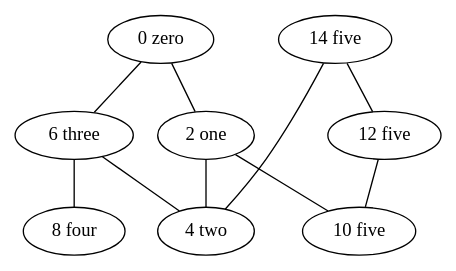
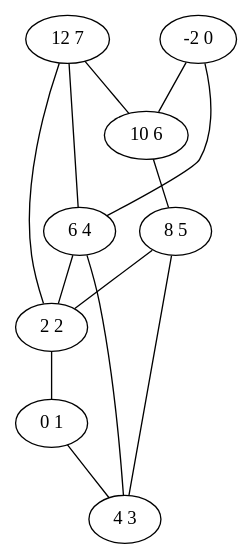
One commit to Xel4ek/lem_in changed the diagram in 2.gv. Above: the diagram before and after it, drawn with Graphviz. The commit also changed 216 other files, not shown here.

```diff
--- a/2.gv
+++ b/2.gv
@@ -1,19 +1,22 @@
 graph 3 {
-	"0 zero";
-	"2 one";
-	"4 two";
-	"6 three";
-	"8 four";
-	"10 five";
-	"12 five";
-	"14 five";
-	"0 zero" -- "2 one";
-	"2 one" -- "4 two";
-	"6 three" -- "4 two";
-	"14 five" -- "4 two";
-	"0 zero" -- "6 three";
-	"6 three" -- "8 four";
-	"2 one" -- "10 five";
-	"12 five" -- "10 five";
-	"14 five" -- "12 five";
+	"8 5";
+	"10 6";
+	"12 7";
+	"-2 0";
+	"0 1";
+	"2 2";
+	"4 3";
+	"6 4";
+	"4 3" -- "8 5";
+	"10 6" -- "8 5";
+	"-2 0" -- "10 6";
+	"12 7" -- "10 6";
+	"2 2" -- "0 1";
+	"8 5" -- "2 2";
+	"6 4" -- "2 2";
+	"12 7" -- "2 2";
+	"0 1" -- "4 3";
+	"6 4" -- "4 3";
+	"-2 0" -- "6 4";
+	"12 7" -- "6 4";
 	}
```
